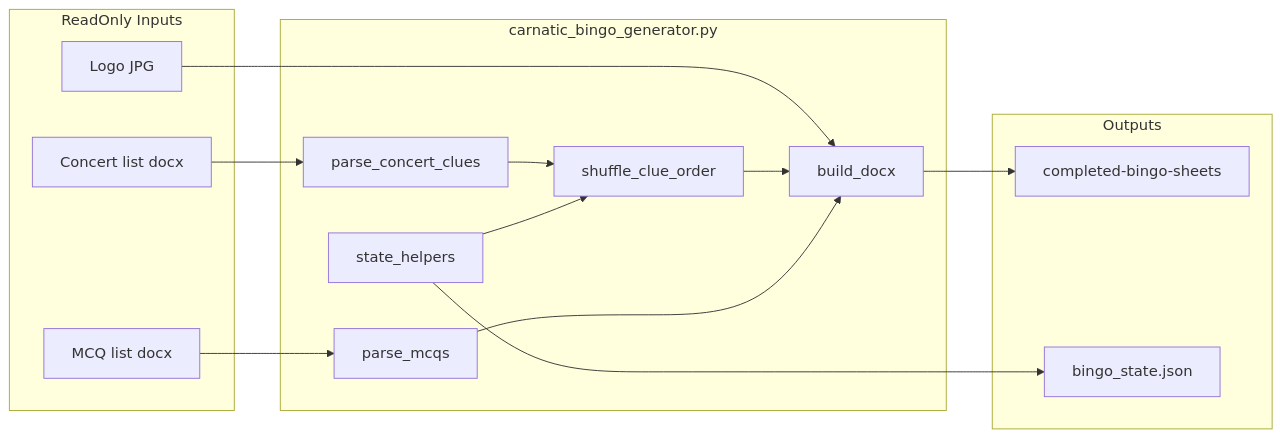
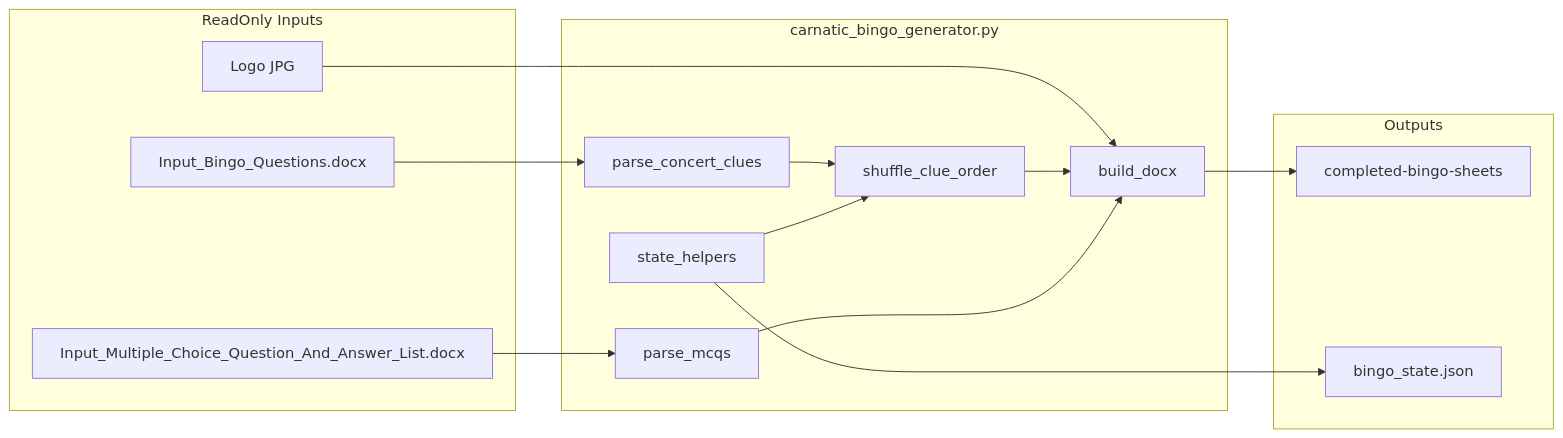
The diagram in bingo-generator/docs/specs/001-carnatic-bingo-generator/plan.md (ashleysfrasied/Joy-of-Music-Projects), drawn with Mermaid before and after one commit. The commit also changed other lines of this file and 18 other files, not shown here.

````diff
--- a/bingo-generator/docs/specs/001-carnatic-bingo-generator/plan.md
+++ b/bingo-generator/docs/specs/001-carnatic-bingo-generator/plan.md
@@ -36,28 +36,28 @@
 ```mermaid
 flowchart LR
   subgraph inputs [ReadOnly Inputs]
-    CL[Concert list docx]
-    MQ[MCQ list docx]
+    CL[Input_Bingo_Questions.docx]
+    MQ[Input_Multiple_Choice_Question_And_Answer_List.docx]
     LG[Logo JPG]
   end
   subgraph core [carnatic_bingo_generator.py]
     P1[parse_concert_clues]
     P2[parse_mcqs]
     ST[state_helpers]
     SH[shuffle_clue_order]
     BD[build_docx]
   end
   subgraph outputs [Outputs]
     OUT[completed-bingo-sheets]
     STATE[bingo_state.json]
   end
   CL --> P1
   MQ --> P2
   ST --> SH
   P1 --> SH
   P2 --> BD
   SH --> BD
   LG --> BD
   BD --> OUT
   ST --> STATE
 ```
````
